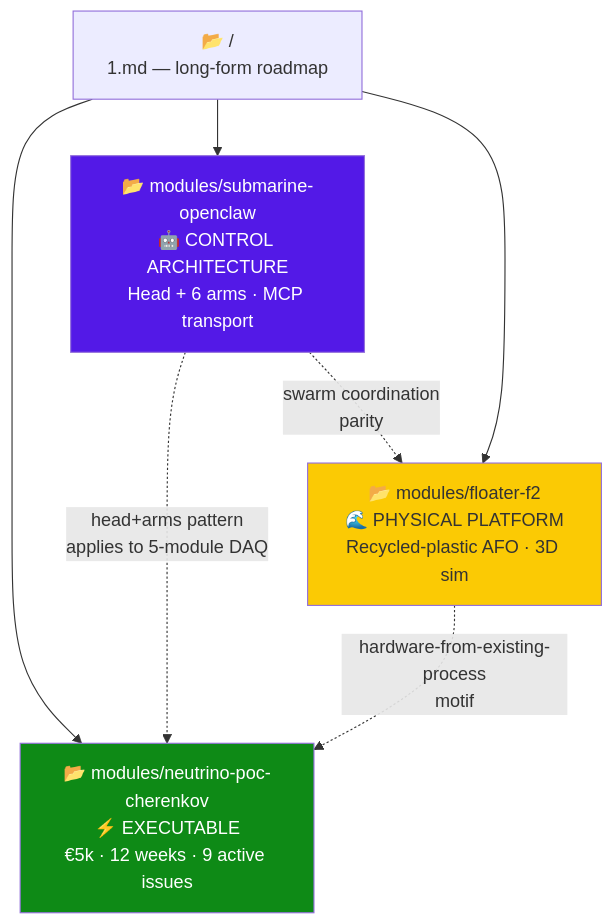
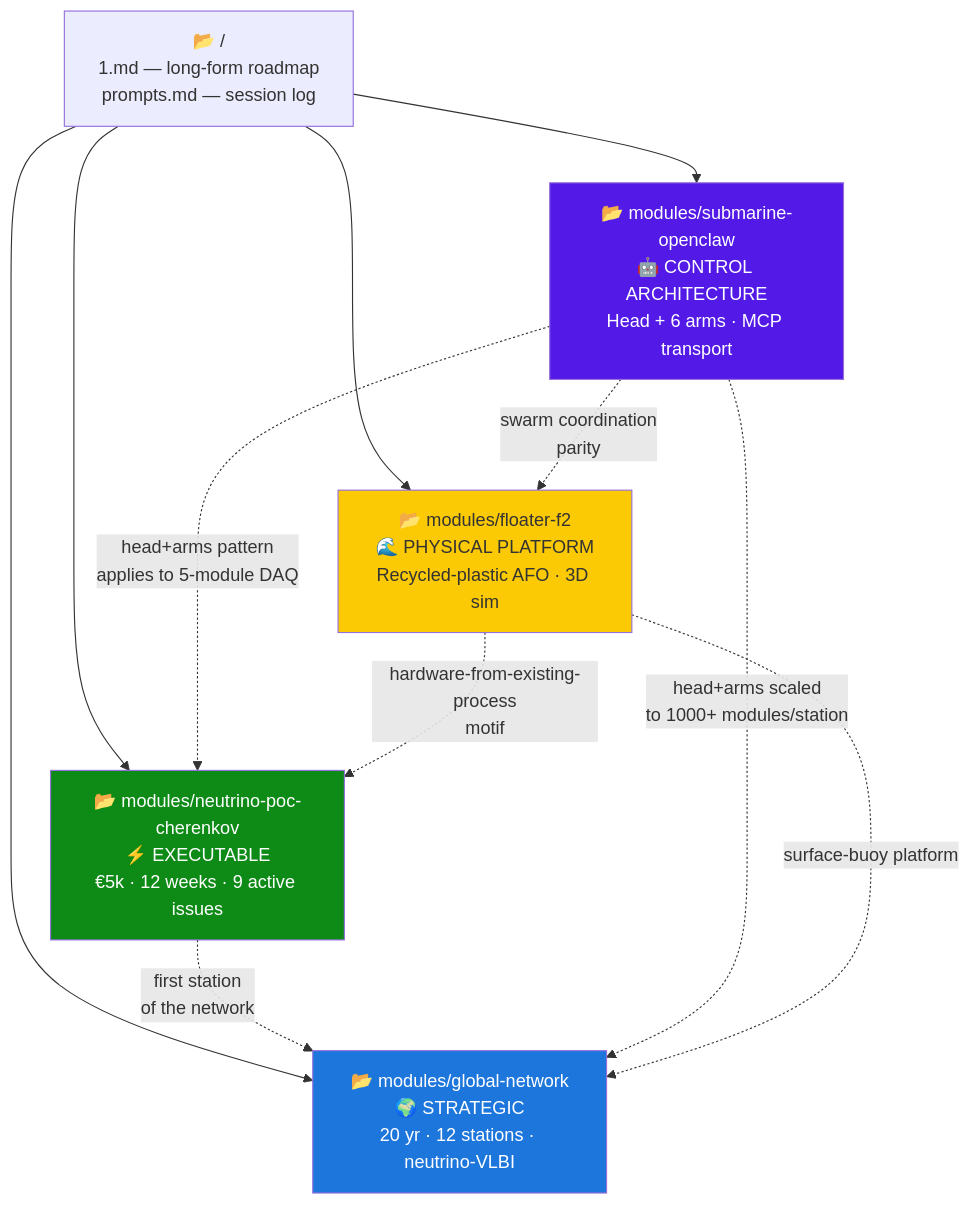
Before and after one commit to asdfgh0318/gamma-gamma-collider-roadmap: the second of 6 diagrams in README.md, drawn with Mermaid. The commit also changed other lines of this file and 3 other files, not shown here.

First line of the commit message:
Add global-network module + prompts.md; integrate into README

````diff
--- a/README.md
+++ b/README.md
@@ -42,16 +50,21 @@
 ```mermaid
 graph TB
-    ROOT["📂 /<br/>1.md — long-form roadmap"]
+    ROOT["📂 /<br/>1.md — long-form roadmap<br/>prompts.md — session log"]
 
     ROOT --> M1["📂 modules/neutrino-poc-cherenkov<br/>⚡ EXECUTABLE<br/>€5k · 12 weeks · 9 active issues"]
+    ROOT --> M4["📂 modules/global-network<br/>🌍 STRATEGIC<br/>20 yr · 12 stations · neutrino-VLBI"]
     ROOT --> M2["📂 modules/submarine-openclaw<br/>🤖 CONTROL ARCHITECTURE<br/>Head + 6 arms · MCP transport"]
     ROOT --> M3["📂 modules/floater-f2<br/>🌊 PHYSICAL PLATFORM<br/>Recycled-plastic AFO · 3D sim"]
 
+    M1 -.->|"first station<br/>of the network"| M4
     M2 -.->|"head+arms pattern<br/>applies to 5-module DAQ"| M1
+    M2 -.->|"head+arms scaled<br/>to 1000+ modules/station"| M4
     M3 -.->|"hardware-from-existing-process<br/>motif"| M1
+    M3 -.->|"surface-buoy platform"| M4
     M2 -.->|"swarm coordination<br/>parity"| M3
 
     style M1 fill:#0E8A16,color:#fff
+    style M4 fill:#1D76DB,color:#fff
     style M2 fill:#5319E7,color:#fff
     style M3 fill:#FBCA04
 ```
````
